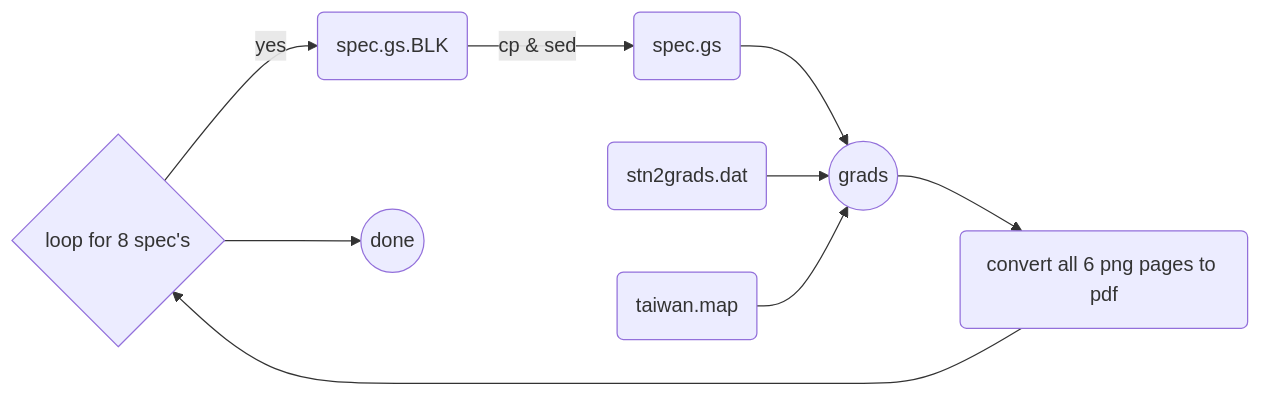
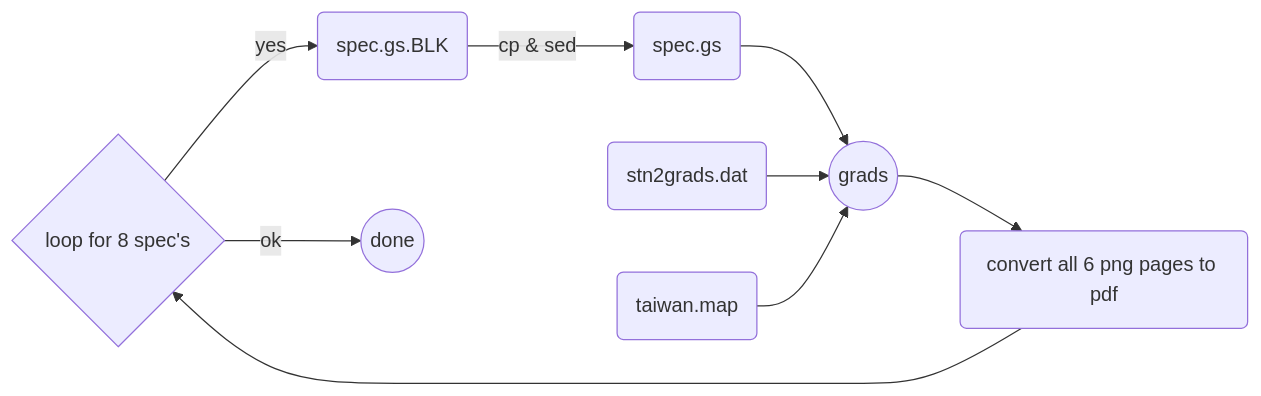
One commit to sinotec2/FAQ changed the third of 3 diagrams in _posts/2022-07-21-ovm2grads.md. Above: the diagram before and after it, drawn with Mermaid. The commit also changed other lines of this file, not shown here.

````diff
--- a/_posts/2022-07-21-ovm2grads.md
+++ b/_posts/2022-07-21-ovm2grads.md
@@ -51,11 +52,11 @@
 ```mermaid
 graph LR
     D{loop for 8 spec's} -- yes --> A(spec.gs.BLK)
     A -- cp & sed --> B(spec.gs)
     B --> E((grads))
     C(stn2grads.dat) --> E
     I(taiwan.map) --> E
     E --> F(convert all 6 png pages to pdf)
     F --> D
-    D --> G((done))
+    D -- ok --> G((done))
 ```
````
